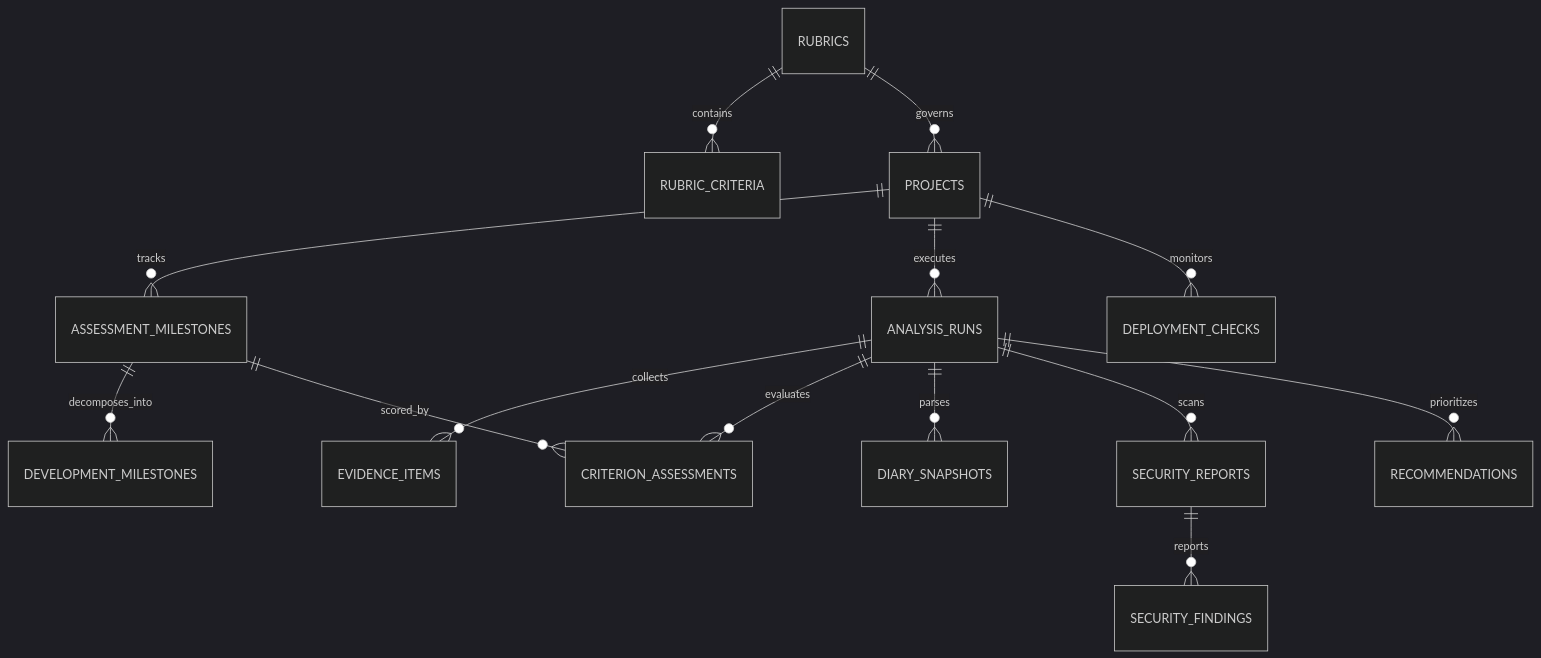
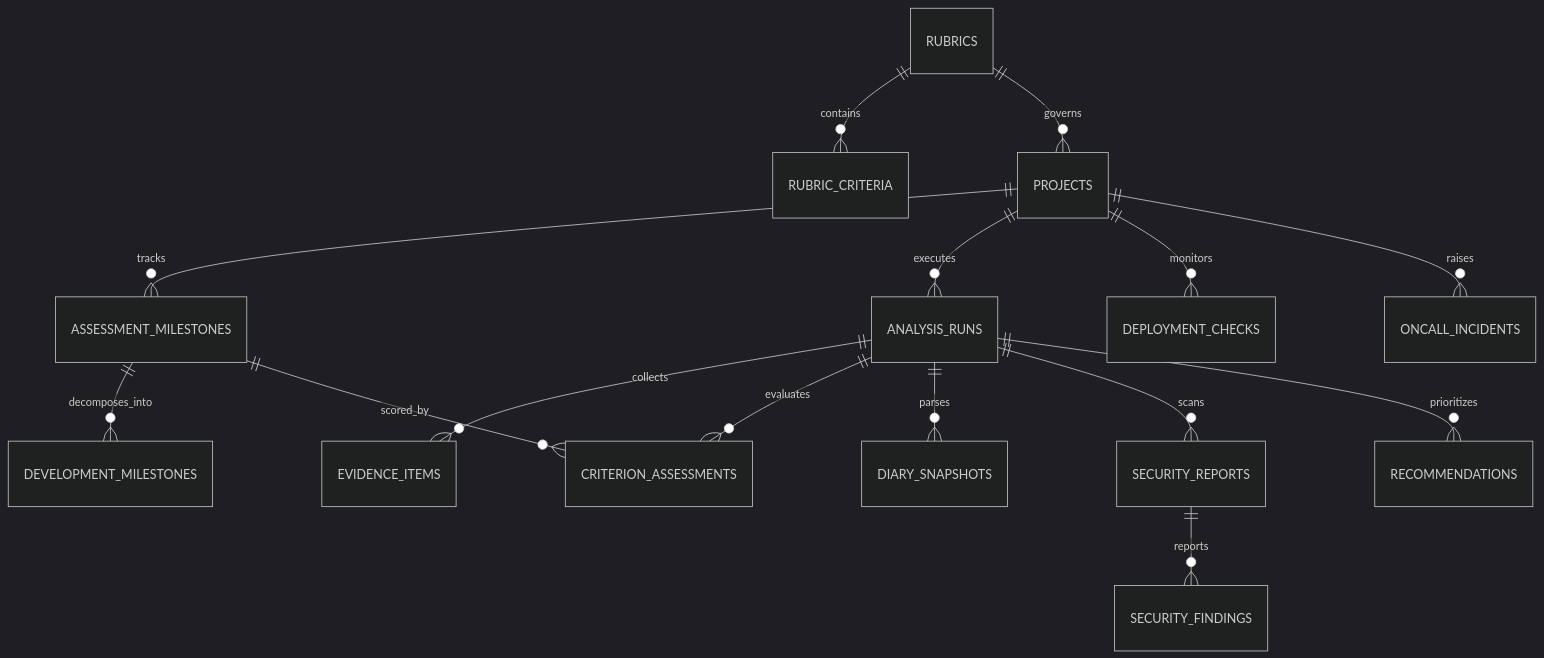
One commit to DemidenkoD/dev_track_ai changed the diagram in docs/specs/DATABASE_SCHEMA.md. Above: the diagram before and after it, drawn with Mermaid (dark theme). The commit also changed other lines of this file and 26 other files, not shown here.

````diff
--- a/docs/specs/DATABASE_SCHEMA.md
+++ b/docs/specs/DATABASE_SCHEMA.md
@@ -17,16 +17,17 @@
 ```mermaid
 erDiagram
     RUBRICS ||--o{ RUBRIC_CRITERIA : contains
     RUBRICS ||--o{ PROJECTS : governs
     PROJECTS ||--o{ ASSESSMENT_MILESTONES : tracks
     ASSESSMENT_MILESTONES ||--o{ DEVELOPMENT_MILESTONES : decomposes_into
     PROJECTS ||--o{ ANALYSIS_RUNS : executes
     ANALYSIS_RUNS ||--o{ EVIDENCE_ITEMS : collects
     ANALYSIS_RUNS ||--o{ CRITERION_ASSESSMENTS : evaluates
     ASSESSMENT_MILESTONES ||--o{ CRITERION_ASSESSMENTS : scored_by
     ANALYSIS_RUNS ||--o{ DIARY_SNAPSHOTS : parses
     ANALYSIS_RUNS ||--o{ SECURITY_REPORTS : scans
     SECURITY_REPORTS ||--o{ SECURITY_FINDINGS : reports
     PROJECTS ||--o{ DEPLOYMENT_CHECKS : monitors
     ANALYSIS_RUNS ||--o{ RECOMMENDATIONS : prioritizes
+    PROJECTS ||--o{ ONCALL_INCIDENTS : raises
 ```
````
